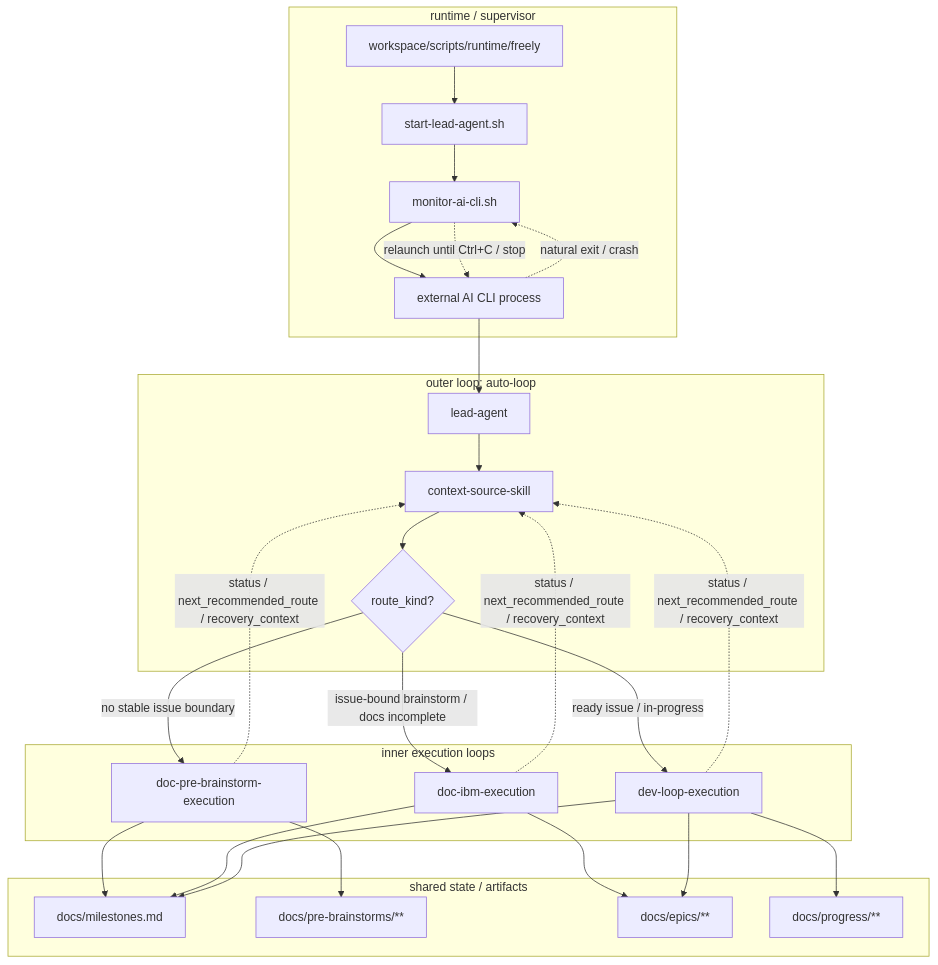
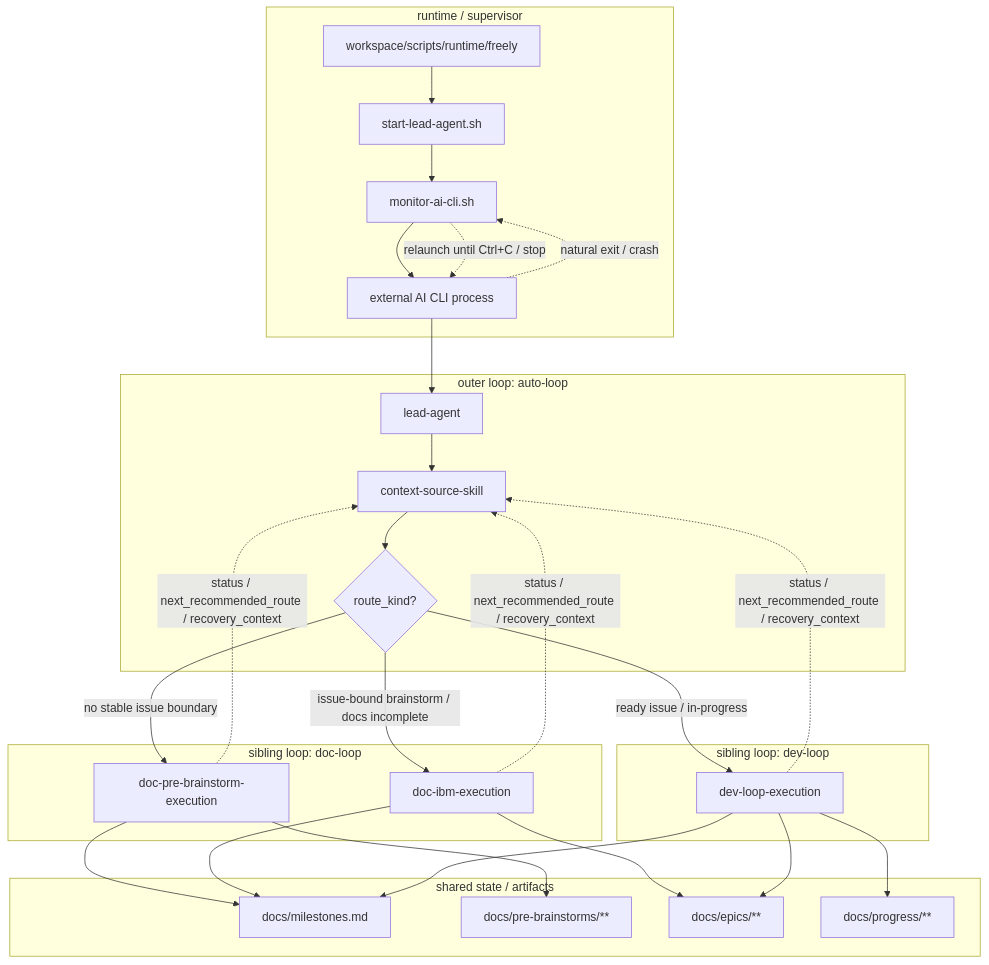
One commit to chatterzhao/freely changed the diagram in docs/PROJECT_INTENT.md. Above: the diagram before and after it, drawn with Mermaid. The commit also changed other lines of this file and 14 other files, not shown here.

````diff
--- a/docs/PROJECT_INTENT.md
+++ b/docs/PROJECT_INTENT.md
@@ -65,50 +40,53 @@
 ```mermaid
 flowchart TD
     subgraph RT["runtime / supervisor"]
         R0["workspace/scripts/runtime/freely"]
         R1["start-lead-agent.sh"]
         R2["monitor-ai-cli.sh"]
         R3["external AI CLI process"]
     end
 
     subgraph OUTER["outer loop: auto-loop"]
         A0["lead-agent"]
         A1["context-source-skill"]
         A2{"route_kind?"}
     end
 
-    subgraph INNER["inner execution loops"]
+    subgraph DOC["sibling loop: doc-loop"]
         D0["doc-pre-brainstorm-execution"]
         D1["doc-ibm-execution"]
+    end
+
+    subgraph DEV["sibling loop: dev-loop"]
         D2["dev-loop-execution"]
     end
 
     subgraph STATE["shared state / artifacts"]
         S0["docs/milestones.md"]
         S1["docs/pre-brainstorms/**"]
         S2["docs/epics/**"]
         S3["docs/progress/**"]
     end
 
     R0 --> R1 --> R2 --> R3
     R3 --> A0 --> A1 --> A2
 
     A2 -->|"no stable issue boundary"| D0
     A2 -->|"issue-bound brainstorm / docs incomplete"| D1
     A2 -->|"ready issue / in-progress"| D2
 
     D0 --> S0
     D0 --> S1
     D1 --> S0
     D1 --> S2
     D2 --> S0
     D2 --> S2
     D2 --> S3
 
     D0 -. "status / next_recommended_route / recovery_context" .-> A1
     D1 -. "status / next_recommended_route / recovery_context" .-> A1
     D2 -. "status / next_recommended_route / recovery_context" .-> A1
 
     R3 -. "natural exit / crash" .-> R2
     R2 -. "relaunch until Ctrl+C / stop" .-> R3
 ```
````
